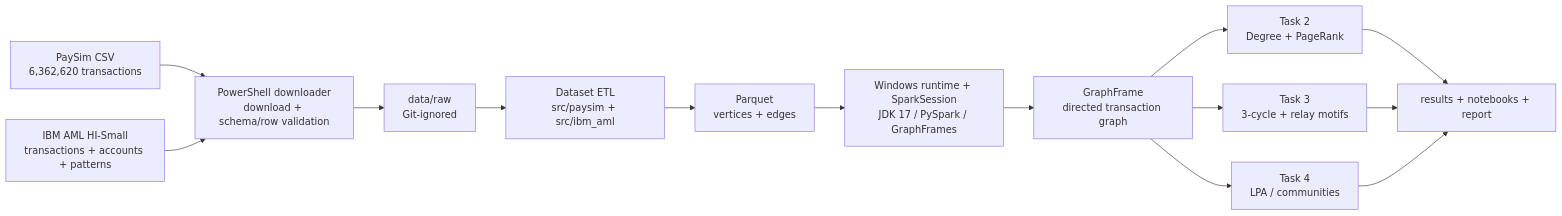
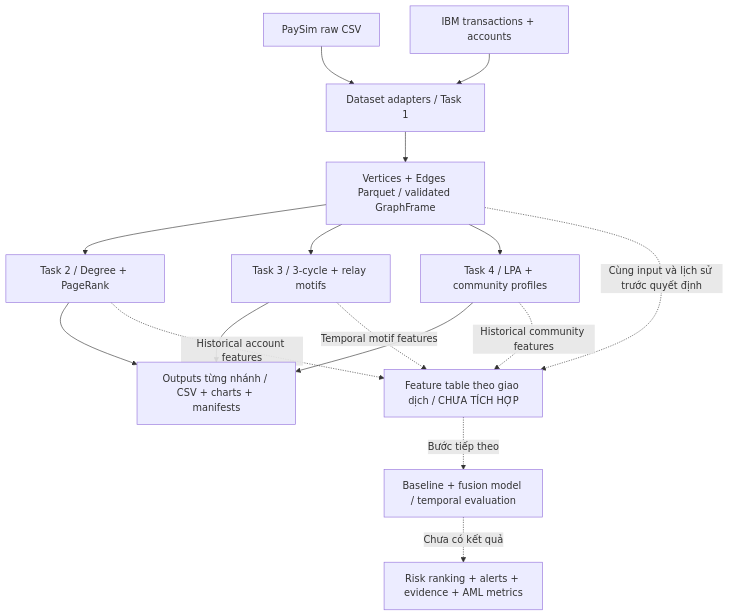
Before and after one commit to harvey105/graphguard-amls-detection: the diagram in README.md, drawn with Mermaid. The commit also changed other lines of this file and 3 other files, not shown here.

Commit message:
Document team scope, verified results and AML fusion evaluation plan

````diff
--- a/README.md
+++ b/README.md
@@ -7,22 +42,18 @@
 ```mermaid
-flowchart LR
-    P["PaySim CSV<br/>6,362,620 transactions"]
-    I["IBM AML HI-Small<br/>transactions + accounts + patterns"]
-    D["PowerShell downloader<br/>download + schema/row validation"]
-    R["data/raw<br/>Git-ignored"]
-    E["Dataset ETL<br/>src/paysim + src/ibm_aml"]
-    Q["Parquet<br/>vertices + edges"]
-    S["Windows runtime + SparkSession<br/>JDK 17 / PySpark / GraphFrames"]
-    G["GraphFrame<br/>directed transaction graph"]
-    T2["Task 2<br/>Degree + PageRank"]
-    T3["Task 3<br/>3-cycle + relay motifs"]
-    T4["Task 4<br/>LPA / communities"]
-    O["results + notebooks + report"]
-
-    P --> D
-    I --> D
-    D --> R --> E --> Q --> S --> G
-    G --> T2 --> O
-    G --> T3 --> O
-    G --> T4 --> O
+flowchart TD
+    P[PaySim raw CSV] --> E[Dataset adapters / Task 1]
+    I[IBM transactions + accounts] --> E
+    E --> Q[Vertices + Edges Parquet / validated GraphFrame]
+    Q --> D[Task 2 / Degree + PageRank]
+    Q --> M[Task 3 / 3-cycle + relay motifs]
+    Q --> L[Task 4 / LPA + community profiles]
+    D --> A[Outputs từng nhánh / CSV + charts + manifests]
+    M --> A
+    L --> A
+    Q -. Cùng input và lịch sử trước quyết định .-> C[Feature table theo giao dịch / CHƯA TÍCH HỢP]
+    D -. Historical account features .-> C
+    M -. Temporal motif features .-> C
+    L -. Historical community features .-> C
+    C -. Bước tiếp theo .-> F[Baseline + fusion model / temporal evaluation]
+    F -. Chưa có kết quả .-> R[Risk ranking + alerts + evidence + AML metrics]
 ```
````
